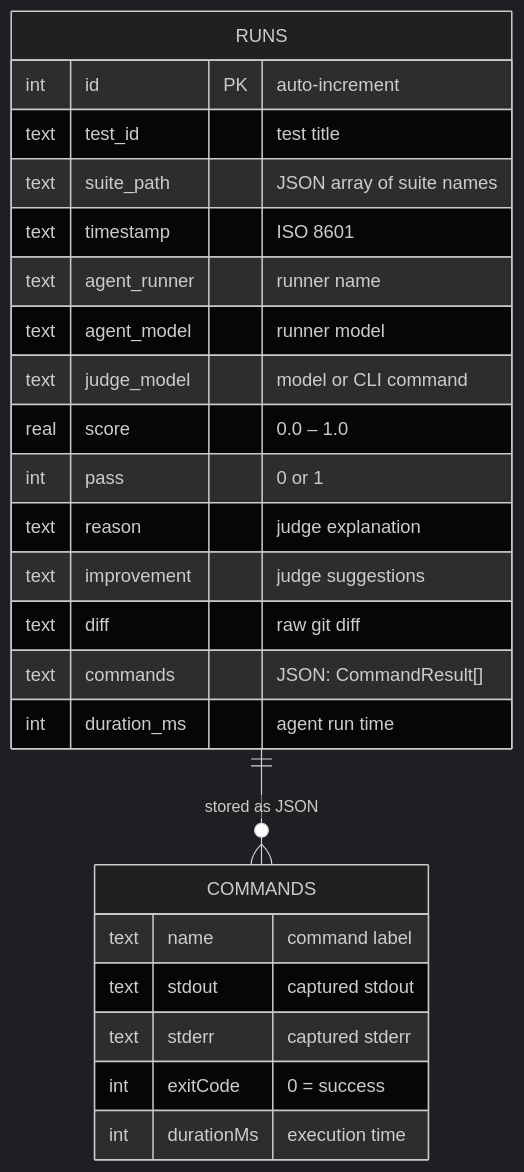
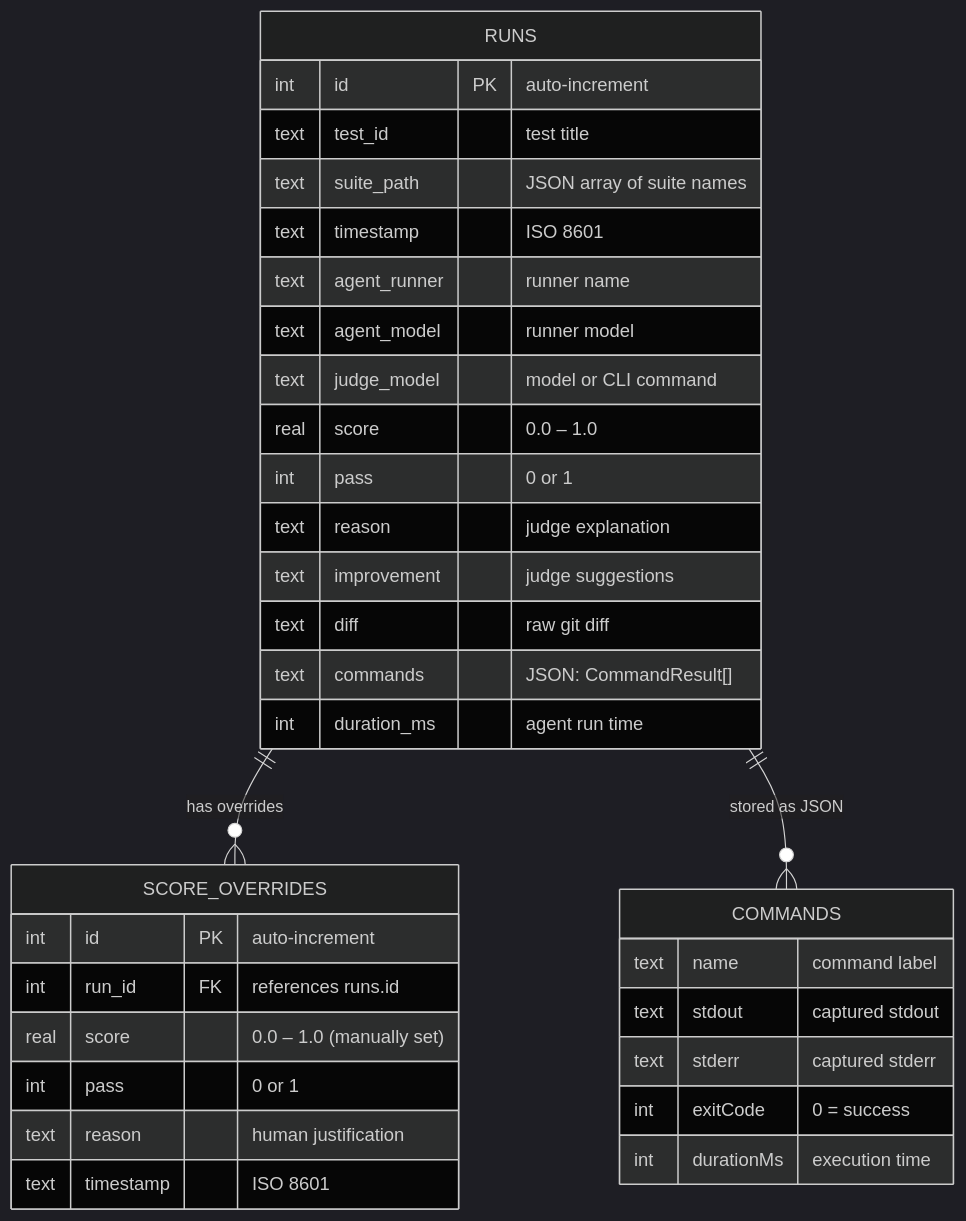
Before and after one commit to Tlahey/agent-eval: the fifth of 5 diagrams in apps/docs/guide/architecture.md, drawn with Mermaid (dark theme). The commit also changed 18 other files, not shown here.

First line of the commit message:
feat(hitl): implement human-in-the-loop score overrides

````diff
--- a/apps/docs/guide/architecture.md
+++ b/apps/docs/guide/architecture.md
@@ -227,28 +227,38 @@
 ```mermaid
 erDiagram
     RUNS {
         int id PK "auto-increment"
         text test_id "test title"
         text suite_path "JSON array of suite names"
         text timestamp "ISO 8601"
         text agent_runner "runner name"
         text agent_model "runner model"
         text judge_model "model or CLI command"
         real score "0.0 – 1.0"
         int pass "0 or 1"
         text reason "judge explanation"
         text improvement "judge suggestions"
         text diff "raw git diff"
         text commands "JSON: CommandResult[]"
         int duration_ms "agent run time"
     }
 
+    SCORE_OVERRIDES {
+        int id PK "auto-increment"
+        int run_id FK "references runs.id"
+        real score "0.0 – 1.0 (manually set)"
+        int pass "0 or 1"
+        text reason "human justification"
+        text timestamp "ISO 8601"
+    }
+
+    RUNS ||--o{ SCORE_OVERRIDES : "has overrides"
     RUNS ||--o{ COMMANDS : "stored as JSON"
     COMMANDS {
         text name "command label"
         text stdout "captured stdout"
         text stderr "captured stderr"
         int exitCode "0 = success"
         int durationMs "execution time"
     }
 ```
````
